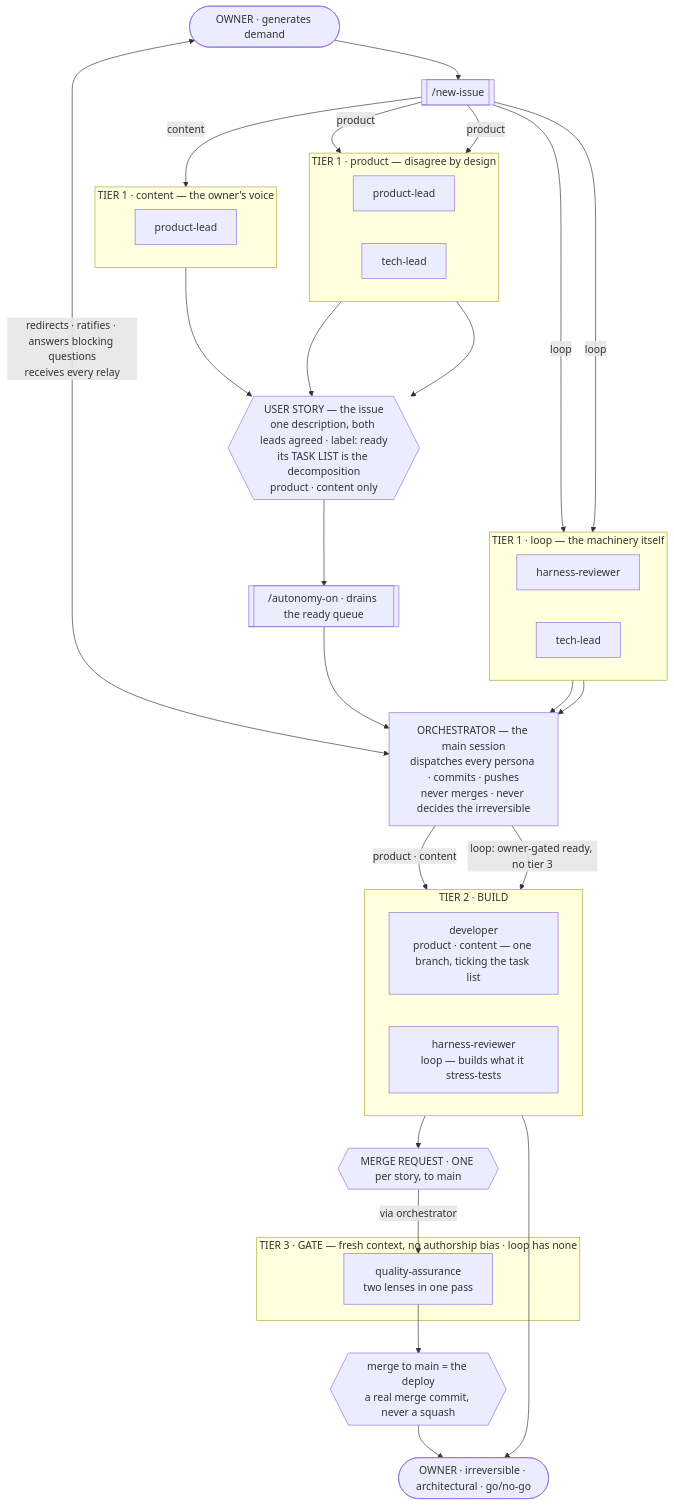
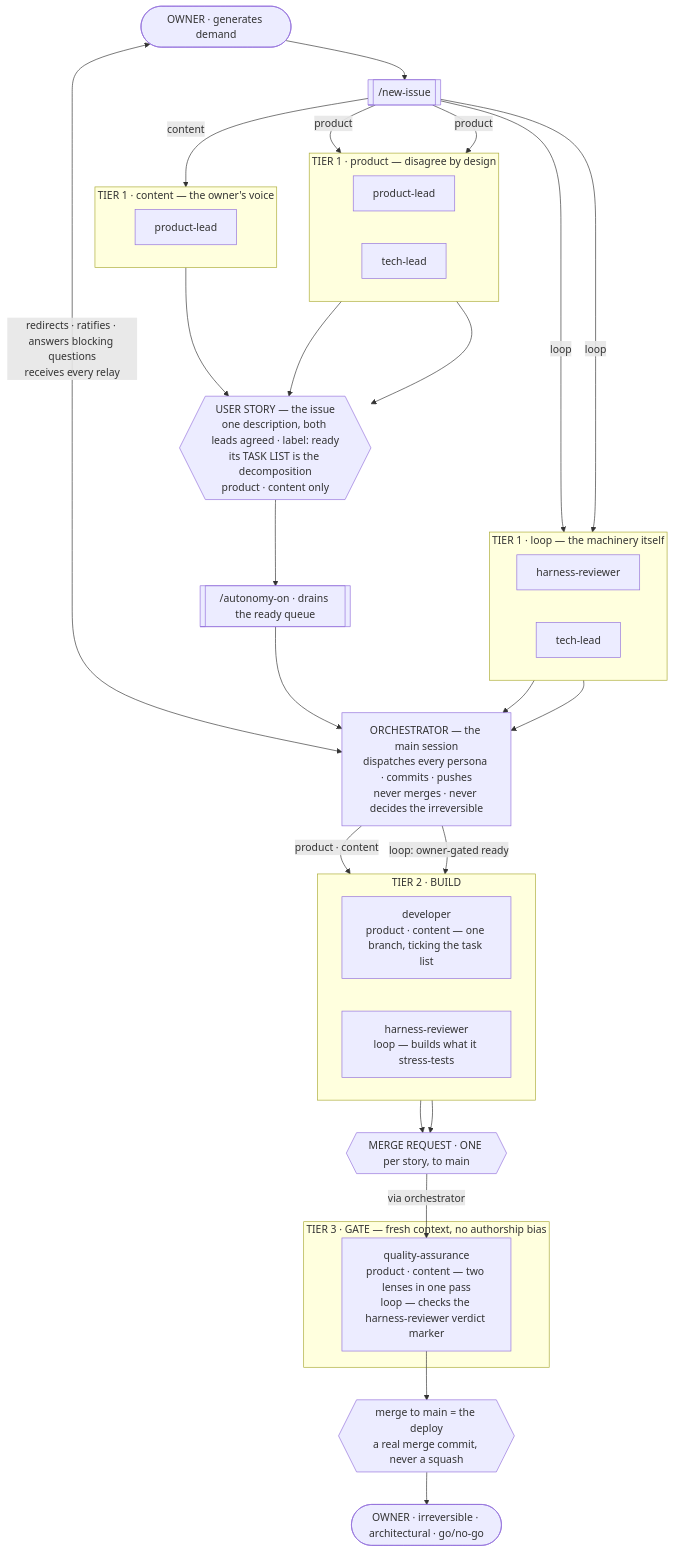
The first of 4 diagrams in README.md (tedeuxx/tadeumendonca-skills), drawn with Mermaid before and after one commit. The commit also changed other lines of this file, not shown here.

````diff
--- a/README.md
+++ b/README.md
@@ -135,69 +135,69 @@
 ```mermaid
 flowchart TB
   O(["OWNER · generates demand"])
   NI[["/new-issue"]]
 
   subgraph T1P["TIER 1 · product — disagree by design"]
     direction LR
     PL["product-lead"]
     TL["tech-lead"]
   end
 
   subgraph T1C["TIER 1 · content — the owner's voice"]
     direction LR
     PLC["product-lead"]
   end
 
   subgraph T1L["TIER 1 · loop — the machinery itself"]
     direction LR
     HR["harness-reviewer"]
     TLL["tech-lead"]
   end
 
   US{{"USER STORY — the issue<br/>one description, both leads agreed · label: ready<br/>its TASK LIST is the decomposition<br/>product · content only"}}
   AO[["/autonomy-on · drains the ready queue"]]
 
   ORCH["ORCHESTRATOR — the main session<br/>dispatches every persona · commits · pushes<br/>never merges · never decides the irreversible"]
 
   subgraph T2["TIER 2 · BUILD"]
     direction LR
     DEV["developer<br/>product · content — one branch, ticking the task list"]
     HRB["harness-reviewer<br/>loop — builds what it stress-tests"]
   end
 
   MR{{"MERGE REQUEST · ONE per story, to main"}}
 
-  subgraph T3["TIER 3 · GATE — fresh context, no authorship bias · loop has none"]
-    QA["quality-assurance<br/>two lenses in one pass"]
+  subgraph T3["TIER 3 · GATE — fresh context, no authorship bias"]
+    QA["quality-assurance<br/>product · content — two lenses in one pass<br/>loop — checks the harness-reviewer verdict marker"]
   end
 
   M{{"merge to main = the deploy<br/>a real merge commit, never a squash"}}
   OUT(["OWNER · irreversible · architectural · go/no-go"])
 
   O --> NI
   O <-->|"redirects · ratifies · answers blocking questions<br/>receives every relay"| ORCH
 
   NI -->|product| PL
   NI -->|product| TL
   NI -->|content| PLC
   NI -->|loop| HR
   NI -->|loop| TLL
 
   PL --> US
   TL --> US
   PLC --> US
   US --> AO
   AO --> ORCH
 
   HR --> ORCH
   TLL --> ORCH
 
   ORCH -->|"product · content"| DEV
-  ORCH -->|"loop: owner-gated ready, no tier 3"| HRB
+  ORCH -->|"loop: owner-gated ready"| HRB
 
   DEV --> MR
+  HRB --> MR
   MR -->|"via orchestrator"| QA
   QA --> M
   M --> OUT
-  HRB --> OUT
 ```
````
